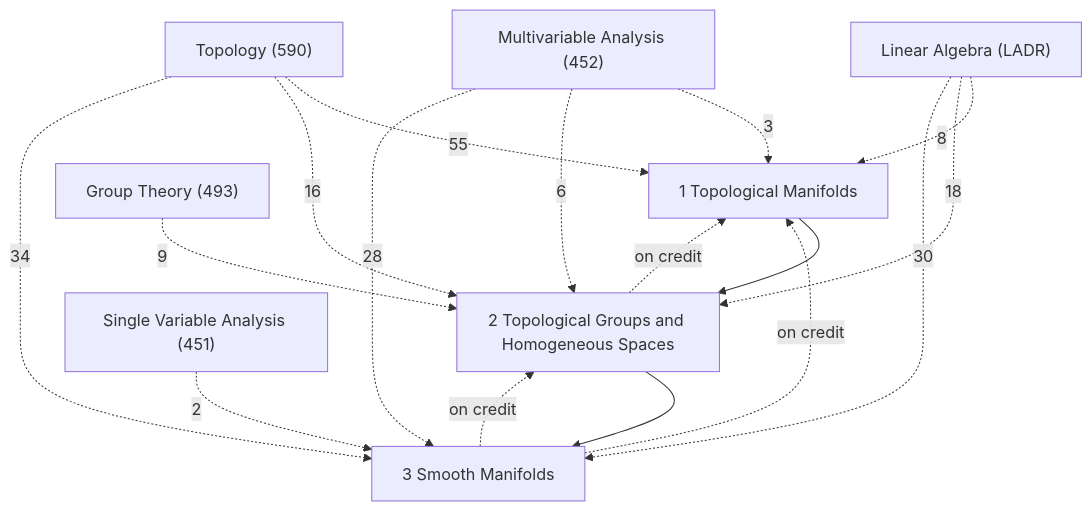
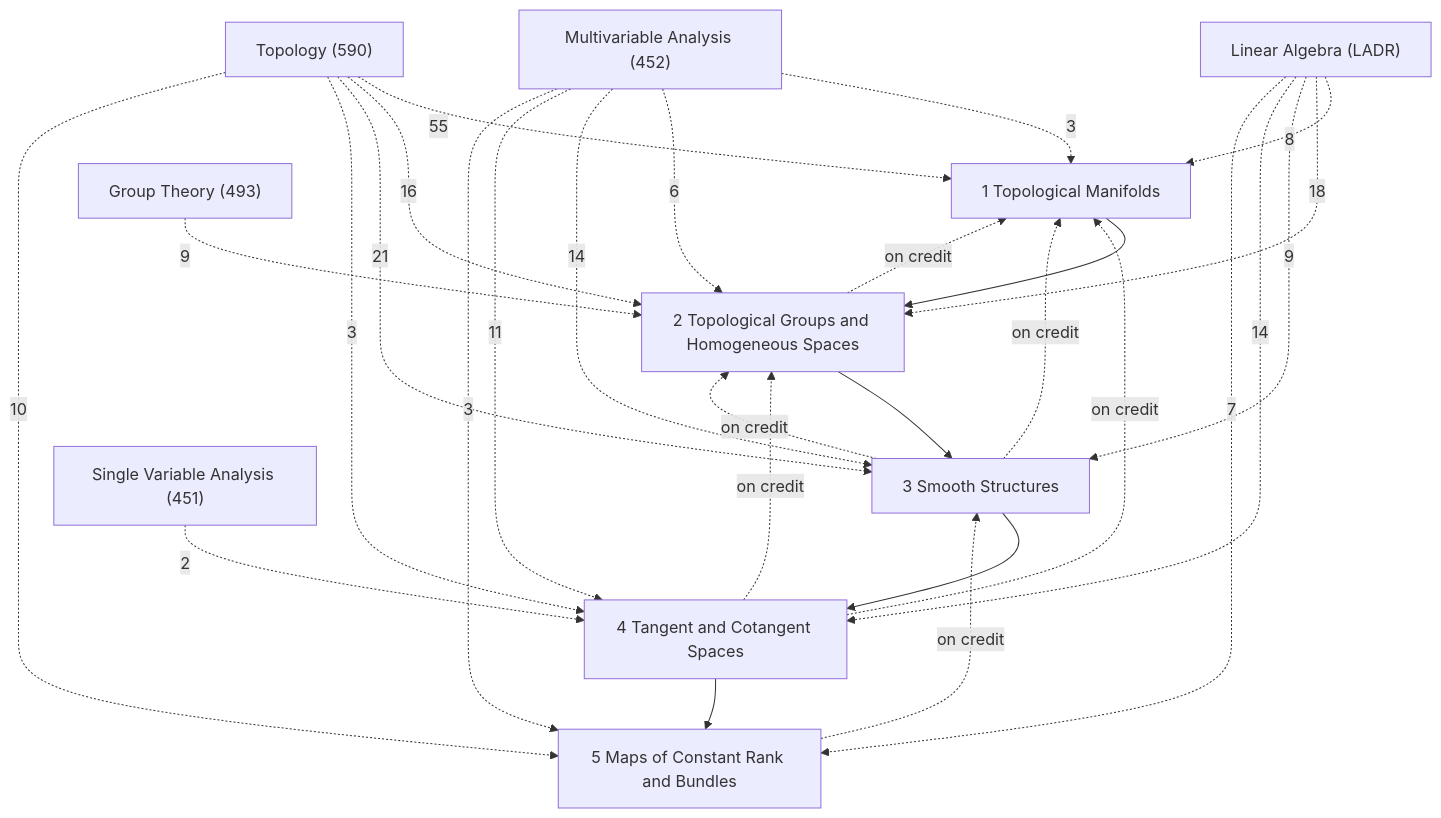
The diagram in Math/Differentiable Manifolds/Differentiable Manifolds.md (Onion20040508/notes), drawn with Mermaid before and after one commit. The commit also changed other lines of this file and 586 other files, not shown here.

````diff
--- a/Math/Differentiable Manifolds/Differentiable Manifolds.md
+++ b/Math/Differentiable Manifolds/Differentiable Manifolds.md
@@ -27,27 +27,40 @@
 ```mermaid
 graph TD
   C1["1 Topological Manifolds"]
   C2["2 Topological Groups and Homogeneous Spaces"]
-  C3["3 Smooth Manifolds"]
+  C3["3 Smooth Structures"]
+  C4["4 Tangent and Cotangent Spaces"]
+  C5["5 Maps of Constant Rank and Bundles"]
   X1["Topology (590)"]
   X2["Multivariable Analysis (452)"]
   X3["Linear Algebra (LADR)"]
   X4["Group Theory (493)"]
   X5["Single Variable Analysis (451)"]
   C1 --> C2
   C2 --> C3
+  C3 --> C4
+  C4 --> C5
   C2 -.->|on credit| C1
   C3 -.->|on credit| C1
   C3 -.->|on credit| C2
+  C4 -.->|on credit| C1
+  C4 -.->|on credit| C2
+  C5 -.->|on credit| C3
   X4 -.->|9| C2
   X3 -.->|8| C1
   X3 -.->|18| C2
-  X3 -.->|30| C3
+  X3 -.->|9| C3
+  X3 -.->|14| C4
+  X3 -.->|7| C5
   X2 -.->|3| C1
   X2 -.->|6| C2
-  X2 -.->|28| C3
-  X5 -.->|2| C3
+  X2 -.->|14| C3
+  X2 -.->|11| C4
+  X2 -.->|3| C5
+  X5 -.->|2| C4
   X1 -.->|55| C1
   X1 -.->|16| C2
-  X1 -.->|34| C3
+  X1 -.->|21| C3
+  X1 -.->|3| C4
+  X1 -.->|10| C5
 ```
````
